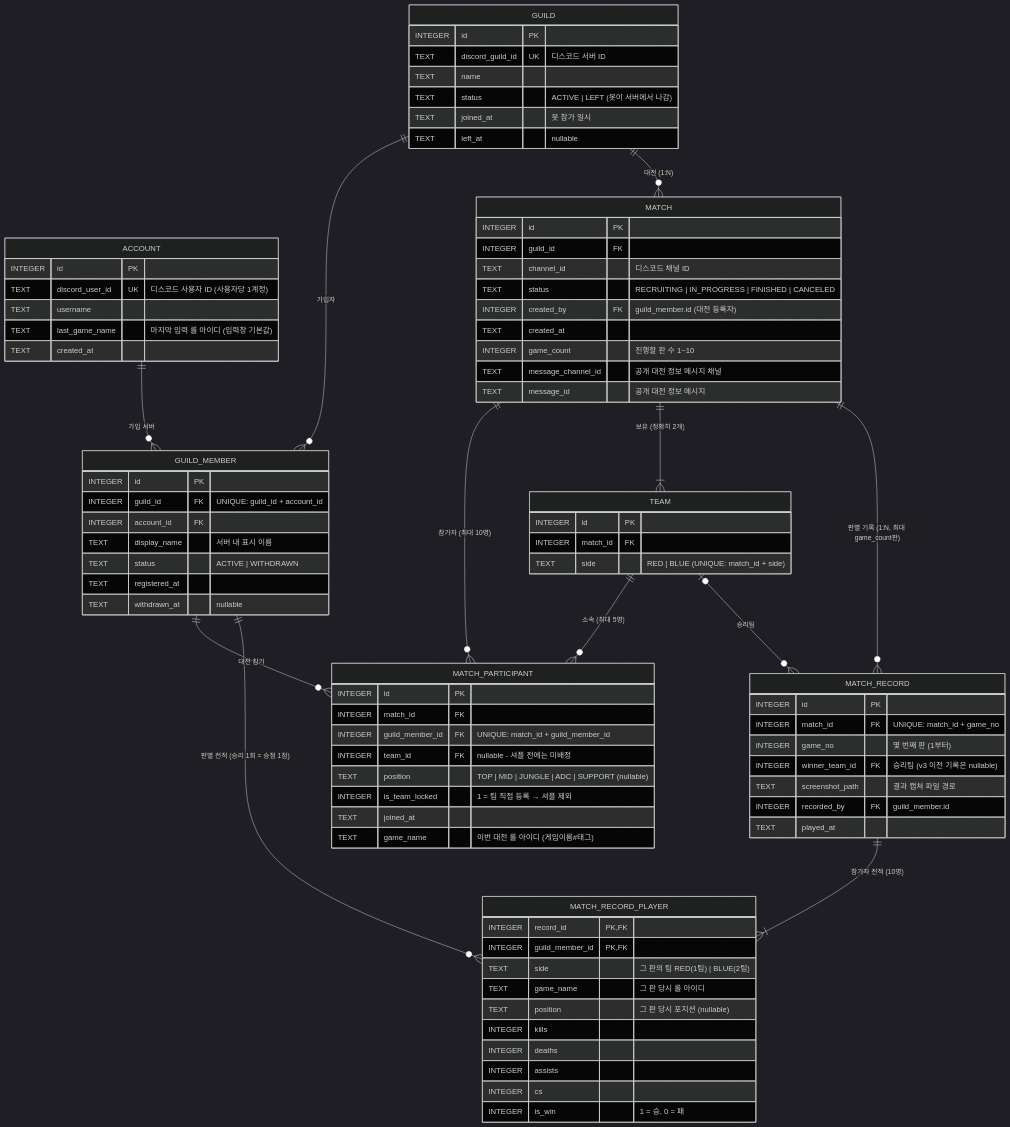
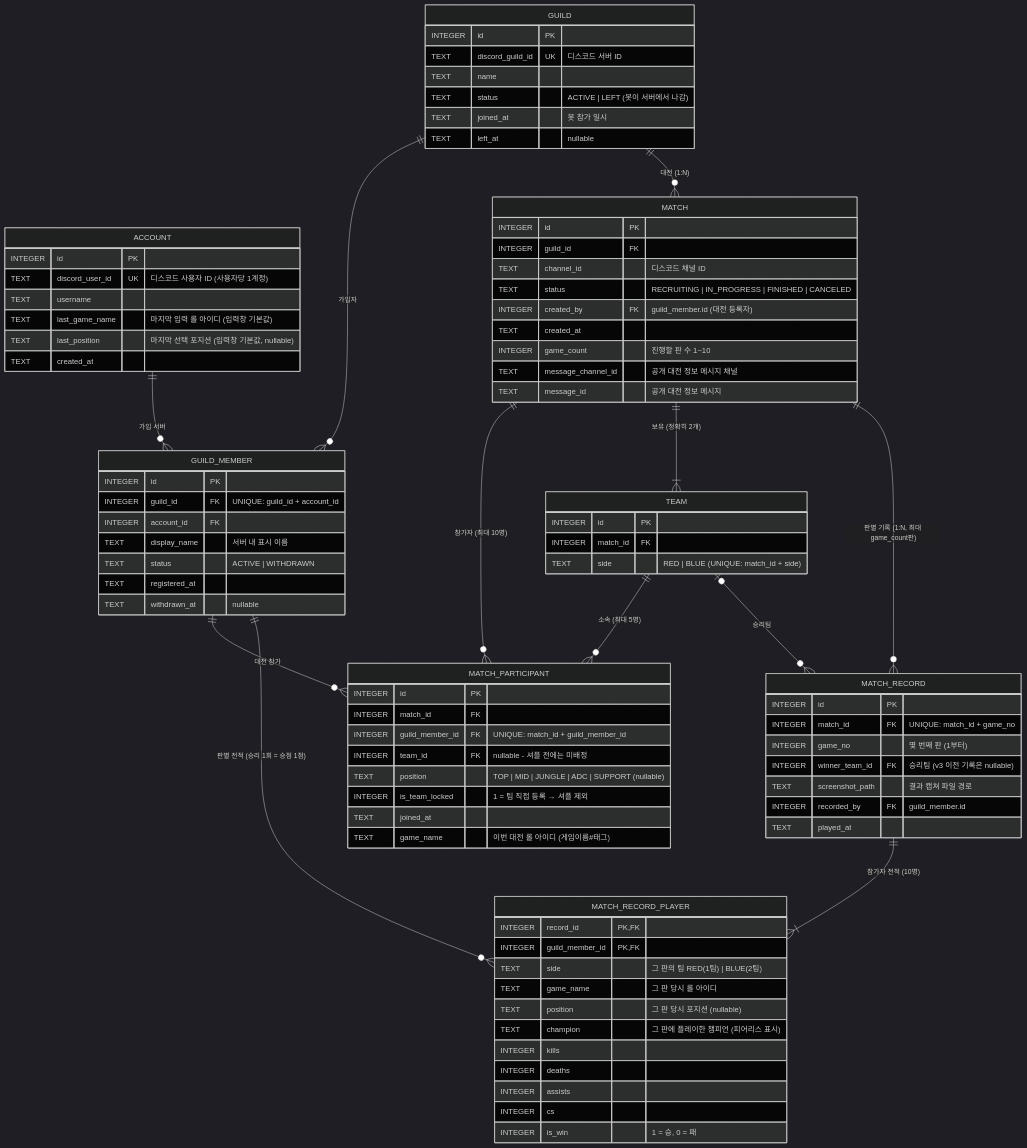
One commit to RedPanda6801/movie_app_notebook changed the diagram in CLAUDE.md. Above: the diagram before and after it, drawn with Mermaid (dark theme). The commit also changed other lines of this file and 16 other files, not shown here.

```diff
--- a/CLAUDE.md
+++ b/CLAUDE.md
@@ -128,6 +131,7 @@
         TEXT    discord_user_id UK "디스코드 사용자 ID (사용자당 1계정)"
         TEXT    username
         TEXT    last_game_name "마지막 입력 롤 아이디 (입력창 기본값)"
+        TEXT    last_position  "마지막 선택 포지션 (입력창 기본값, nullable)"
         TEXT    created_at
     }
 
@@ -186,6 +190,7 @@
         TEXT    side      "그 판의 팀 RED(1팀) | BLUE(2팀)"
         TEXT    game_name "그 판 당시 롤 아이디"
         TEXT    position  "그 판 당시 포지션 (nullable)"
+        TEXT    champion  "그 판에 플레이한 챔피언 (피어리스 표시)"
         INTEGER kills
         INTEGER deaths
         INTEGER assists
```
